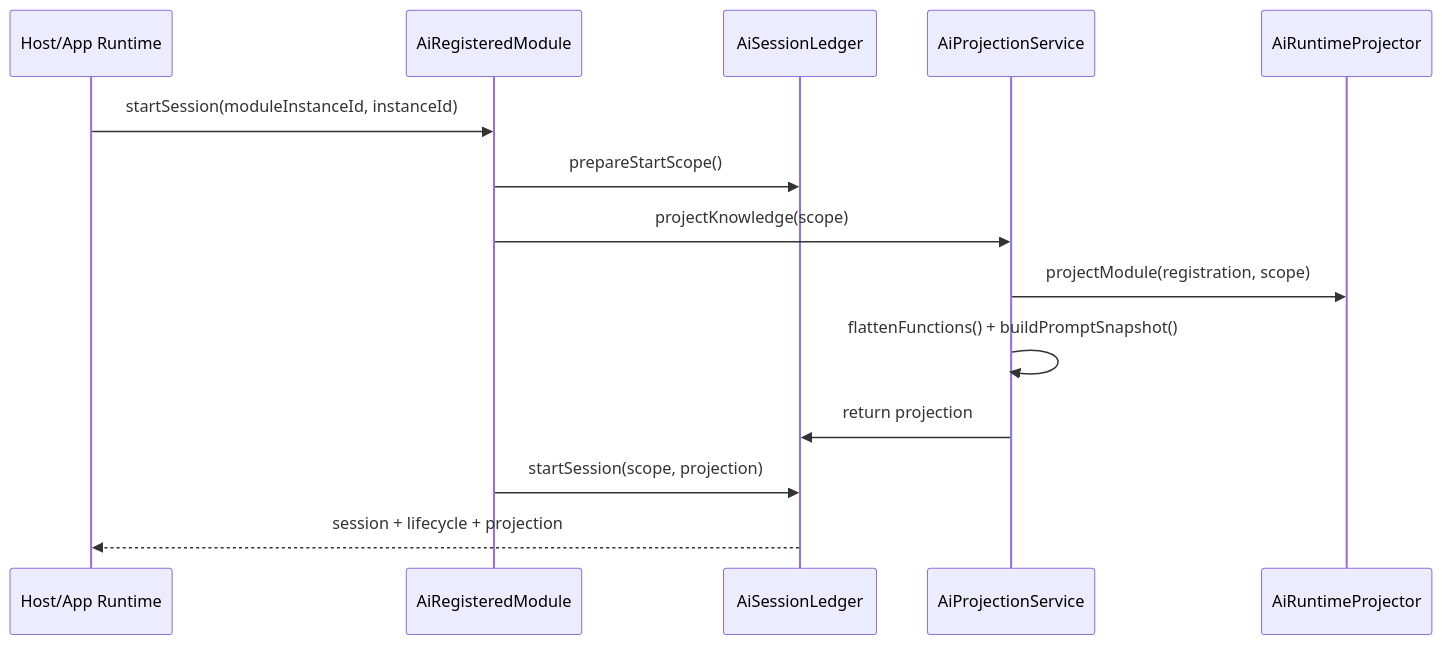
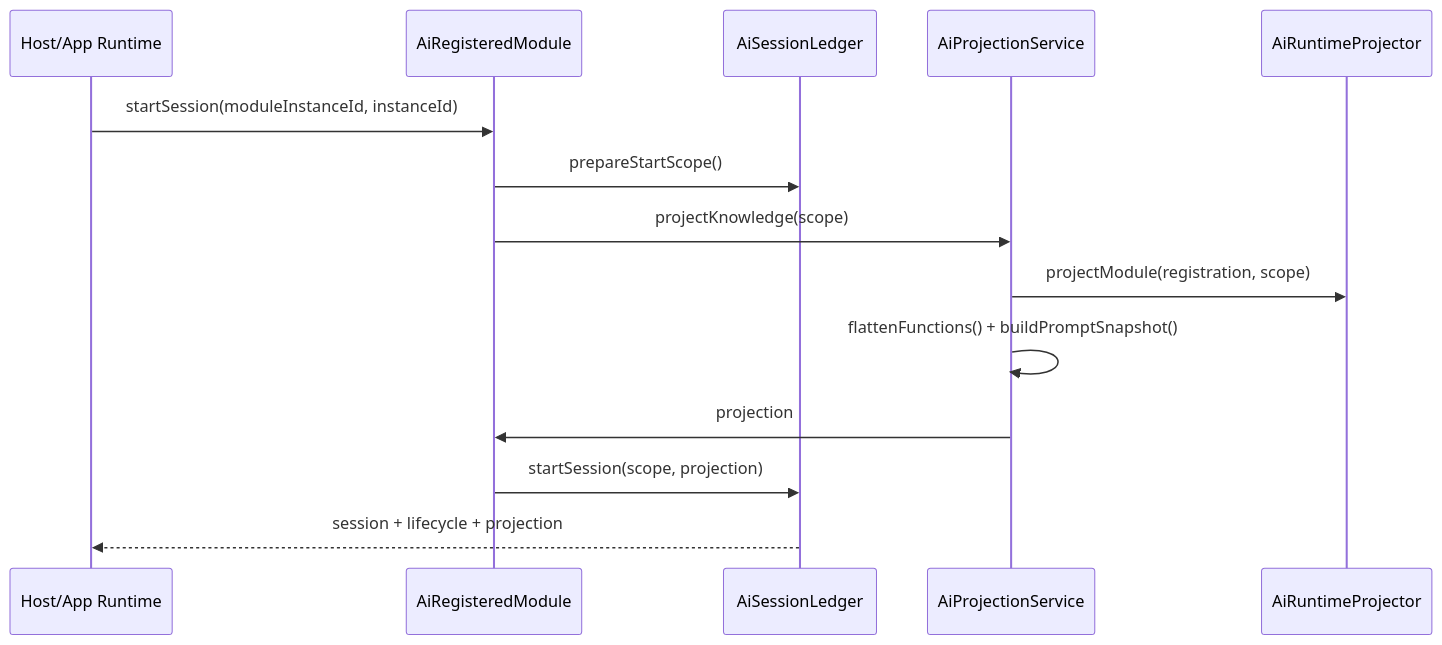
One commit to LMSpark/spark-view-vue changed the second of 4 diagrams in docs/ai/SPARK_AI_CORE_RESPONSIBILITY_BOUNDARIES.md. Above: the diagram before and after it, drawn with Mermaid. The commit also changed other lines of this file and 310 other files, not shown here.

````diff
--- a/docs/ai/SPARK_AI_CORE_RESPONSIBILITY_BOUNDARIES.md
+++ b/docs/ai/SPARK_AI_CORE_RESPONSIBILITY_BOUNDARIES.md
@@ -174,16 +393,16 @@
 ```mermaid
 sequenceDiagram
   participant Host as Host/App Runtime
   participant Api as AiRegisteredModule
   participant Ledger as AiSessionLedger
   participant Projection as AiProjectionService
   participant Projector as AiRuntimeProjector
   Host->>Api: startSession(moduleInstanceId, instanceId)
   Api->>Ledger: prepareStartScope()
   Api->>Projection: projectKnowledge(scope)
   Projection->>Projector: projectModule(registration, scope)
   Projection->>Projection: flattenFunctions() + buildPromptSnapshot()
-  Projection->>Ledger: return projection
+  Projection->>Api: projection
   Api->>Ledger: startSession(scope, projection)
   Ledger-->>Host: session + lifecycle + projection
 ```
````
